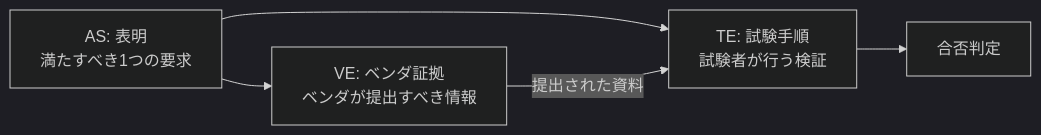
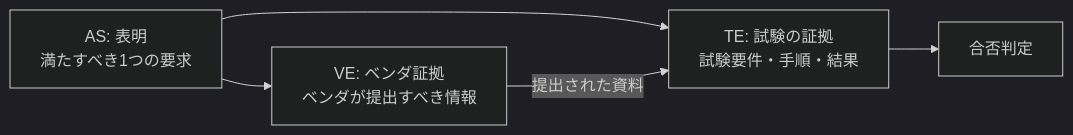
One commit to myoshi2891/Security_Studies changed the third of 8 diagrams in Iso-iec-24759-2025-guide.md. Above: the diagram before and after it, drawn with Mermaid (dark theme). The commit also changed other lines of this file, not shown here.

````diff
--- a/Iso-iec-24759-2025-guide.md
+++ b/Iso-iec-24759-2025-guide.md
@@ -176,12 +176,12 @@
 ```mermaid
 flowchart LR
     AS["AS: 表明<br/>満たすべき1つの要求"]
     VE["VE: ベンダ証拠<br/>ベンダが提出すべき情報"]
-    TE["TE: 試験手順<br/>試験者が行う検証"]
+    TE["TE: 試験の証拠<br/>試験要件・手順・結果"]
     R["合否判定"]
 
     AS --> VE
     AS --> TE
     VE -->|"提出された資料"| TE
     TE --> R
 ```
````
